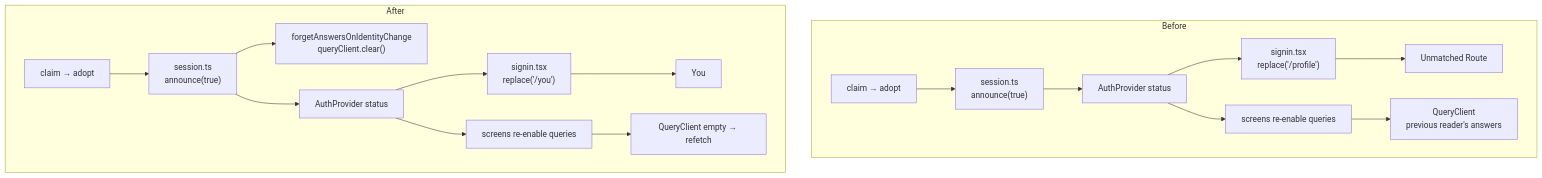
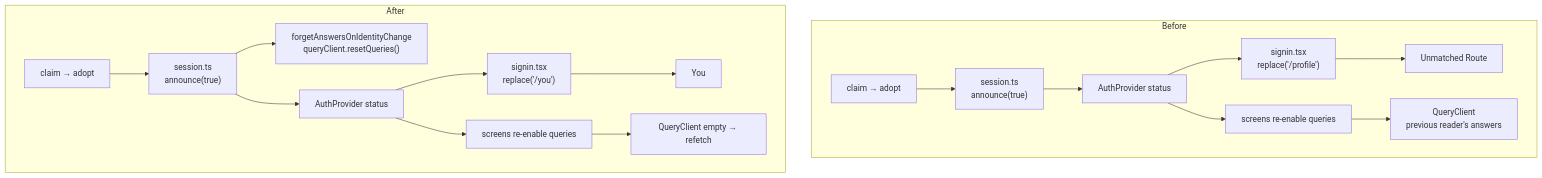
Before and after one commit to mbahgatTech/switchback: the second of 2 diagrams in .plans/WO-auth-session-refresh-v1.md, drawn with Mermaid. The commit also changed other lines of this file, not shown here.

Commit message:
Correct the bash claim, the granularity, and the diagram the code outgrew

````diff
--- a/.plans/WO-auth-session-refresh-v1.md
+++ b/.plans/WO-auth-session-refresh-v1.md
@@ -125,20 +125,20 @@
 ```mermaid
 flowchart TB
     subgraph before [Before]
         A1[claim → adopt] --> B1["session.ts<br/>announce(true)"]
         B1 --> C1[AuthProvider status]
         C1 --> D1["signin.tsx<br/>replace('/profile')"]
         D1 --> E1[Unmatched Route]
         C1 --> F1[screens re-enable queries]
         F1 --> G1["QueryClient<br/>previous reader's answers"]
     end
     subgraph after [After]
         A2[claim → adopt] --> B2["session.ts<br/>announce(true)"]
-        B2 --> H2["forgetAnswersOnIdentityChange<br/>queryClient.clear()"]
+        B2 --> H2["forgetAnswersOnIdentityChange<br/>queryClient.resetQueries()"]
         B2 --> C2[AuthProvider status]
         C2 --> D2["signin.tsx<br/>replace('/you')"]
         D2 --> E2[You]
         C2 --> F2[screens re-enable queries]
         F2 --> G2[QueryClient empty → refetch]
     end
 ```
````
